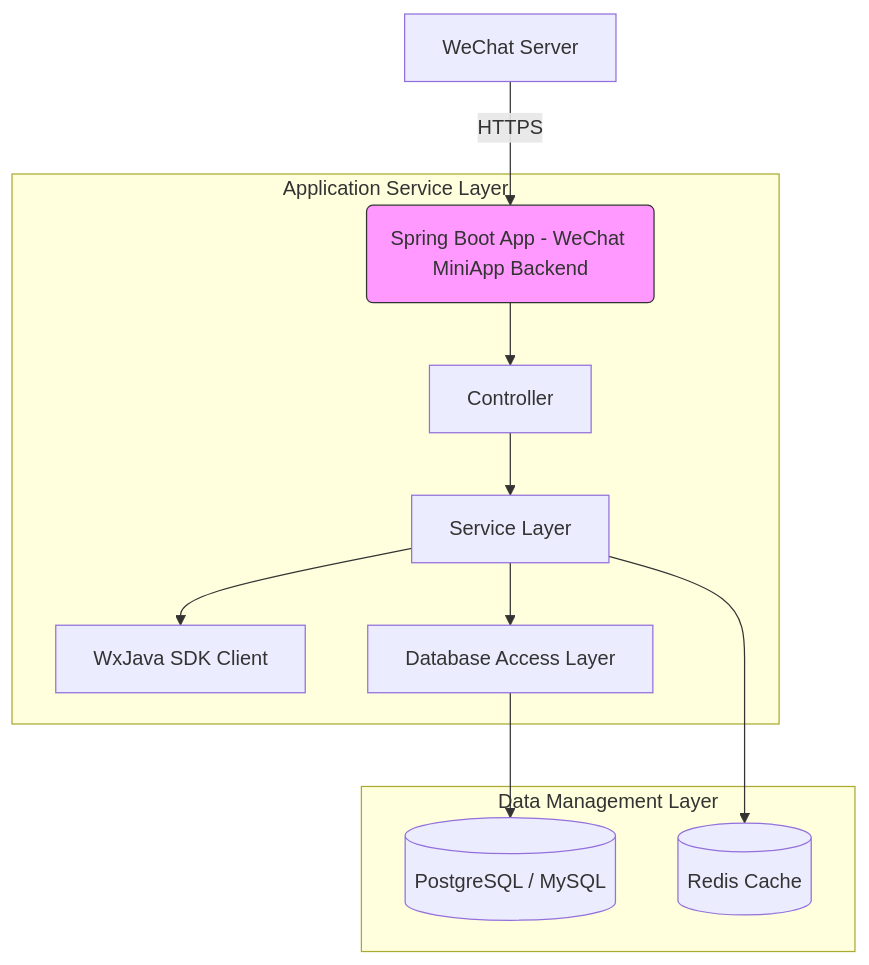
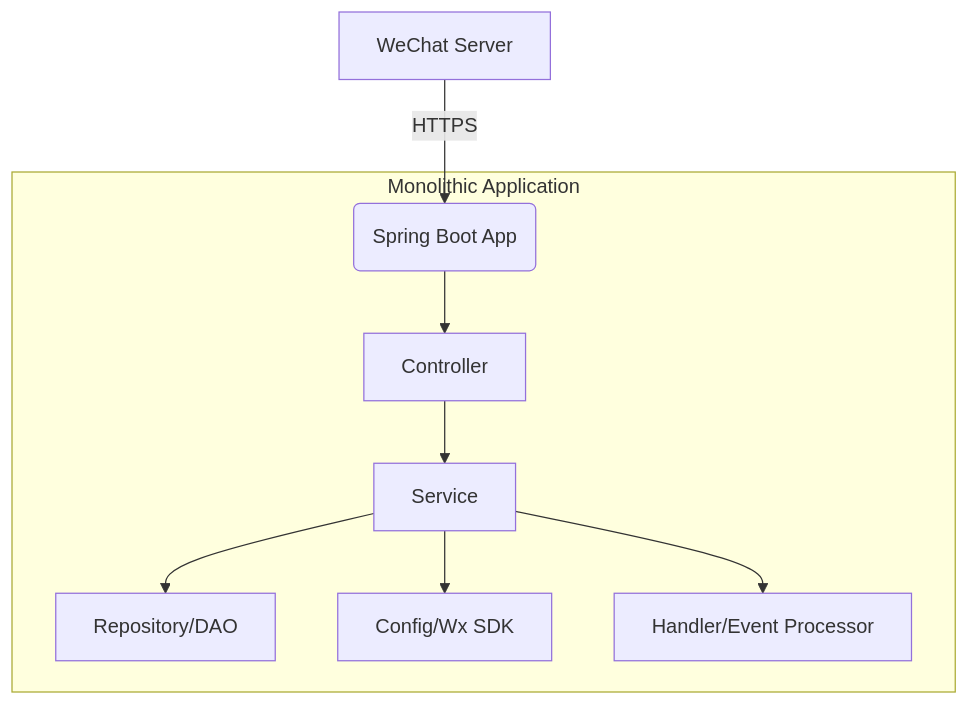
One commit to v-wjrong/binary_weixin-java-miniapp-demo changed the diagram in docs/en/summary/system_architecture.md. Above: the diagram before and after it, drawn with Mermaid. The commit also changed other lines of this file and 47 other files, not shown here.

````diff
--- a/docs/en/summary/system_architecture.md
+++ b/docs/en/summary/system_architecture.md
@@ -85,18 +88,11 @@
 ```mermaid
 graph TD
-    A[WeChat Server] -- HTTPS --> B(Spring Boot App - WeChat MiniApp Backend)
-    
-    subgraph Application Service Layer
+    A[WeChat Server] -- HTTPS --> B(Spring Boot App)
+    subgraph Monolithic Application
         B --> C[Controller]
-        C --> D[Service Layer]
-        D --> E[WxJava SDK Client]
-        D --> F[Database Access Layer]
+        C --> D[Service]
+        D --> E[Repository/DAO]
+        D --> F[Config/Wx SDK]
+        D --> G[Handler/Event Processor]
     end
-    
-    subgraph Data Management Layer
-        F --> G[(PostgreSQL / MySQL)]
-        D --> H[(Redis Cache)]
-    end
-    
-    style B fill:#f9f,stroke:#333
 ```
````
